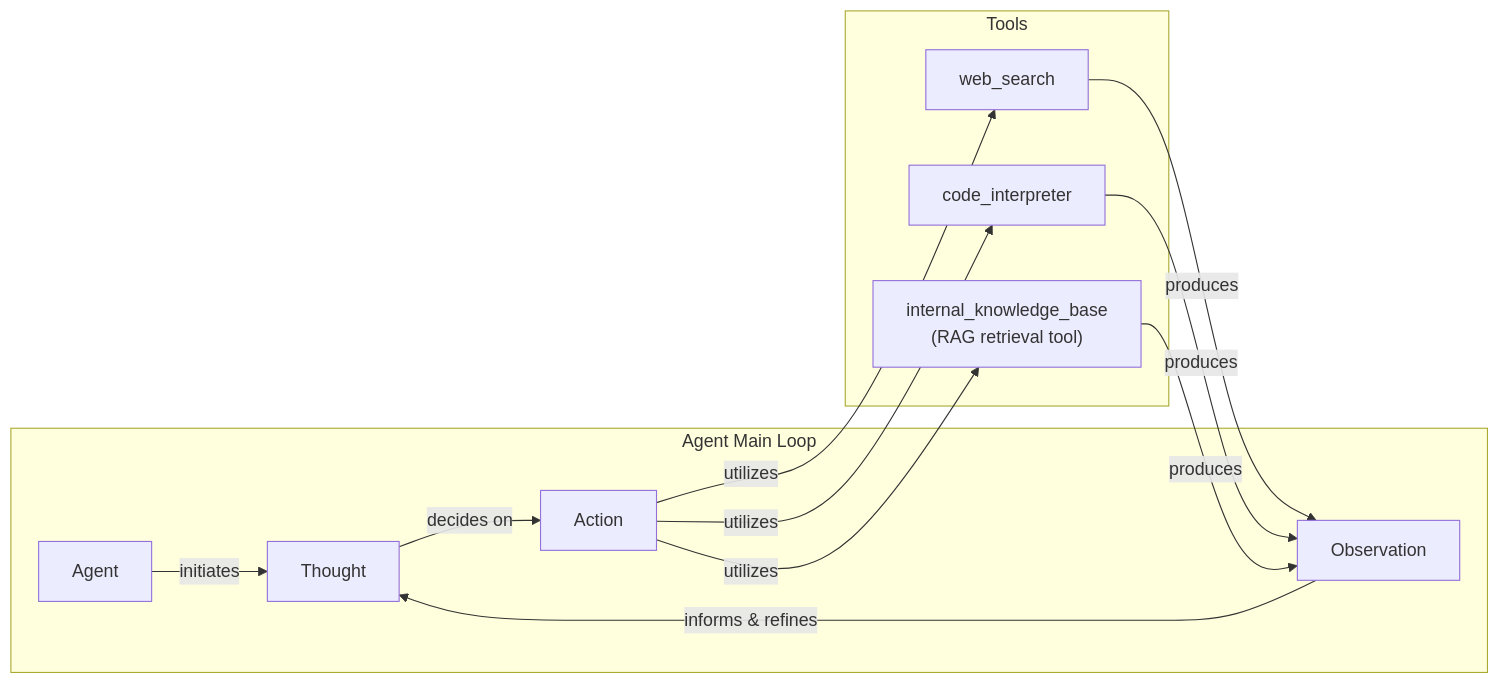
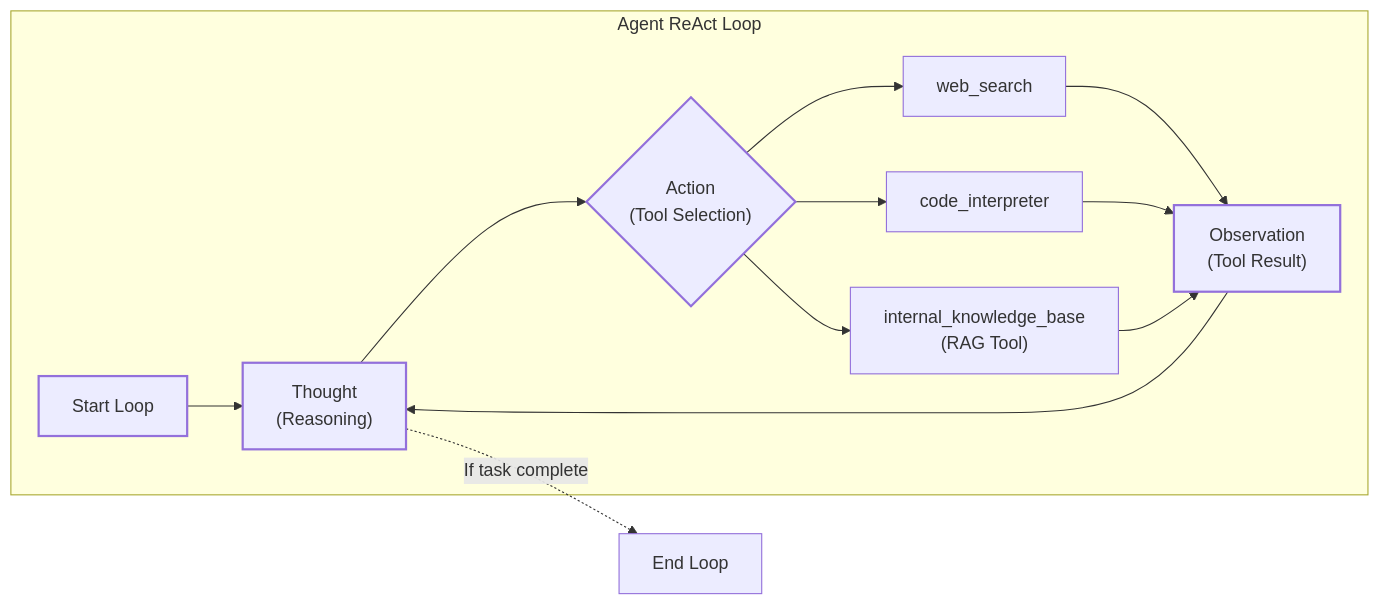
The fourth of 4 diagrams in RL_researcher_writer_ymaxing/rl_training_data/noise_experiment/09_RAG__var_standard__replicate2__preset5/article_000.md (YMaXing/Research-Agent-reinforced-by-RL), drawn with Mermaid before and after one commit. The commit also changed other lines of this file and 4528 other files, not shown here.

````diff
--- a/RL_researcher_writer_ymaxing/rl_training_data/noise_experiment/09_RAG__var_standard__replicate2__preset5/article_000.md
+++ b/RL_researcher_writer_ymaxing/rl_training_data/noise_experiment/09_RAG__var_standard__replicate2__preset5/article_000.md
@@ -168,30 +189,24 @@
 ```mermaid
 flowchart LR
   %% Agent Main Loop
-  subgraph "Agent Main Loop"
-    A["Agent"]
-    T["Thought"]
-    ACT["Action"]
-    O["Observation"]
+  subgraph "Agent ReAct Loop"
+    Start["Start Loop"] --> Thought["Thought<br/>(Reasoning)"]
+    Thought --> Action{"Action<br/>(Tool Selection)"}
+
+    Action --> WebSearch["web_search"]
+    Action --> CodeInterpreter["code_interpreter"]
+    Action --> InternalKB["internal_knowledge_base<br/>(RAG Tool)"]
+
+    WebSearch --> Observation["Observation<br/>(Tool Result)"]
+    CodeInterpreter --> Observation
+    InternalKB --> Observation
+
+    Observation --> Thought
   end
 
-  %% Available Tools
-  subgraph "Tools"
-    WS["web_search"]
-    CI["code_interpreter"]
-    IKB["internal_knowledge_base<br/>(RAG retrieval tool)"]
-  end
+  %% Optional: End condition
+  Thought -. "If task complete" .-> End["End Loop"]
 
-  %% Flow connections
-  A -- "initiates" --> T
-  T -- "decides on" --> ACT
-  ACT -- "utilizes" --> WS
-  ACT -- "utilizes" --> CI
-  ACT -- "utilizes" --> IKB
-
-  WS -- "produces" --> O
-  CI -- "produces" --> O
-  IKB -- "produces" --> O
-
-  O -- "informs & refines" --> T
+  classDef loopNode stroke-width:2px
+  class Start,Thought,Action,Observation loopNode
 ```
````
